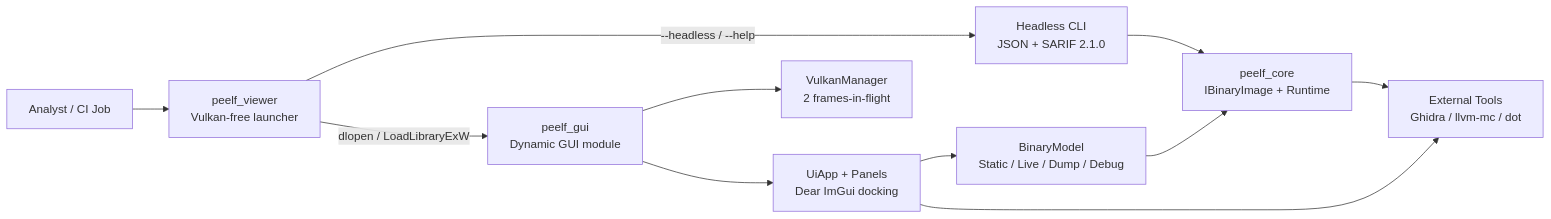
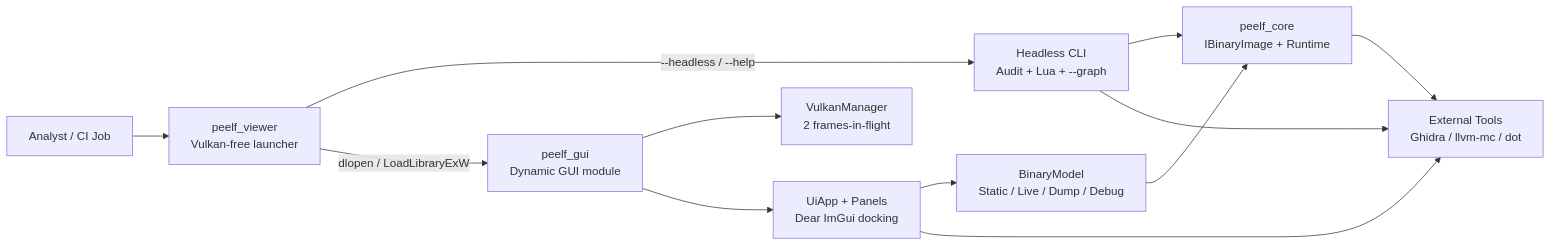
The first of 7 diagrams in docs/ARCHITECTURE.md (wsollers/exe_viewer), drawn with Mermaid before and after one commit. The commit also changed other lines of this file and 1 other file, not shown here.

First line of the commit message:
docs(cli): document headless --graph call-graph and CFG export

````diff
--- a/docs/ARCHITECTURE.md
+++ b/docs/ARCHITECTURE.md
@@ -13,23 +13,24 @@
 ```mermaid
 flowchart LR
     user["Analyst / CI Job"]
     launcher["peelf_viewer<br/>Vulkan-free launcher"]
-    cli["Headless CLI<br/>JSON + SARIF 2.1.0"]
+    cli["Headless CLI<br/>Audit + Lua + --graph"]
     gui["peelf_gui<br/>Dynamic GUI module"]
     vk["VulkanManager<br/>2 frames-in-flight"]
     ui["UiApp + Panels<br/>Dear ImGui docking"]
     model["BinaryModel<br/>Static / Live / Dump / Debug"]
     core["peelf_core<br/>IBinaryImage + Runtime"]
     ext["External Tools<br/>Ghidra / llvm-mc / dot"]
 
     user --> launcher
     launcher -->|"--headless / --help"| cli
     cli --> core
+    cli --> ext
     launcher -->|"dlopen / LoadLibraryExW"| gui
     gui --> vk
     gui --> ui
     ui --> model
     model --> core
     ui --> ext
     core --> ext
 ```
````
